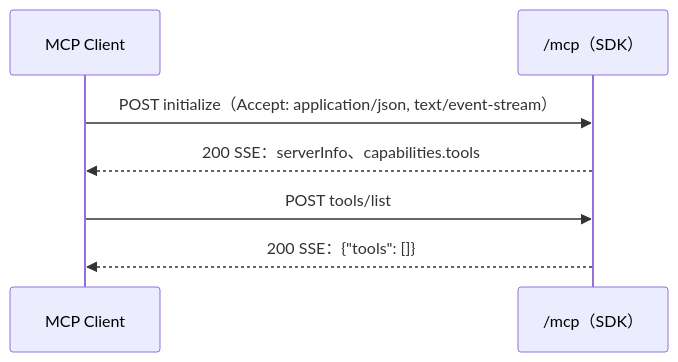
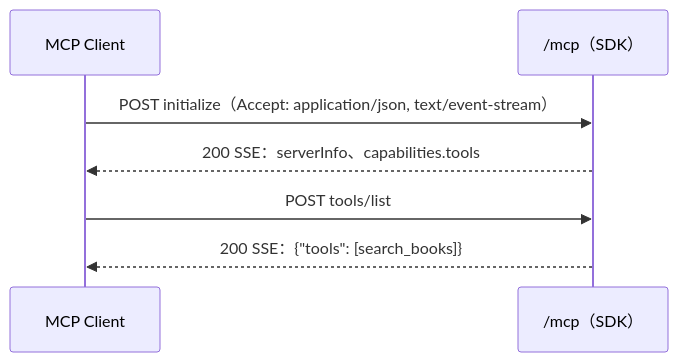
Before and after one commit to Arthur801/Book-Finder: the second of 5 diagrams in Mcp/docs/workflow-diagram.md, drawn with Mermaid. The commit also changed other lines of this file and 7 other files, not shown here.

Commit message:
docs(mcp): record search_books (M1) in module docs

````diff
--- a/Mcp/docs/workflow-diagram.md
+++ b/Mcp/docs/workflow-diagram.md
@@ -20,9 +20,9 @@
 ```mermaid
 sequenceDiagram
     participant Client as MCP Client
     participant Mcp as /mcp（SDK）
     Client->>Mcp: POST initialize（Accept: application/json, text/event-stream）
     Mcp-->>Client: 200 SSE：serverInfo、capabilities.tools
     Client->>Mcp: POST tools/list
-    Mcp-->>Client: 200 SSE：{"tools": []}
+    Mcp-->>Client: 200 SSE：{"tools": [search_books]}
 ```
````
